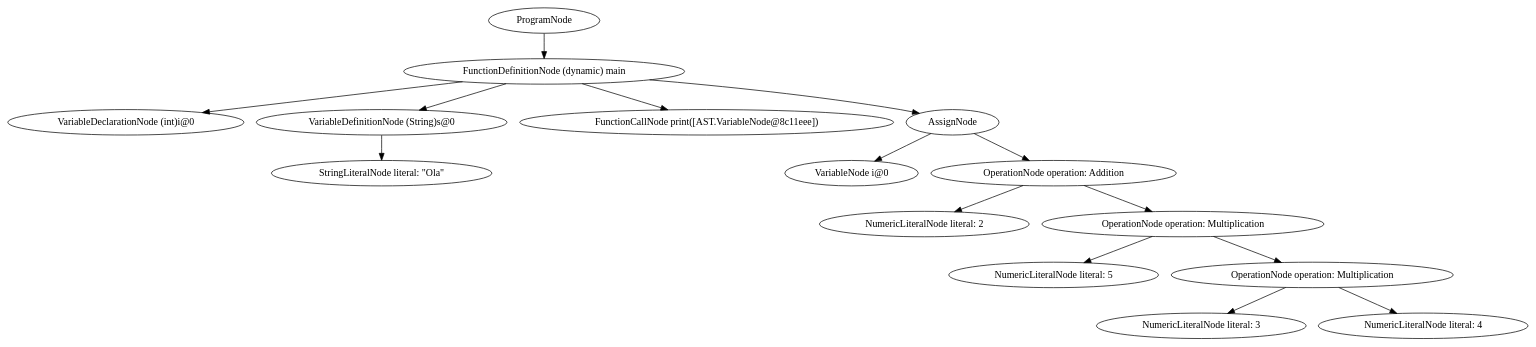
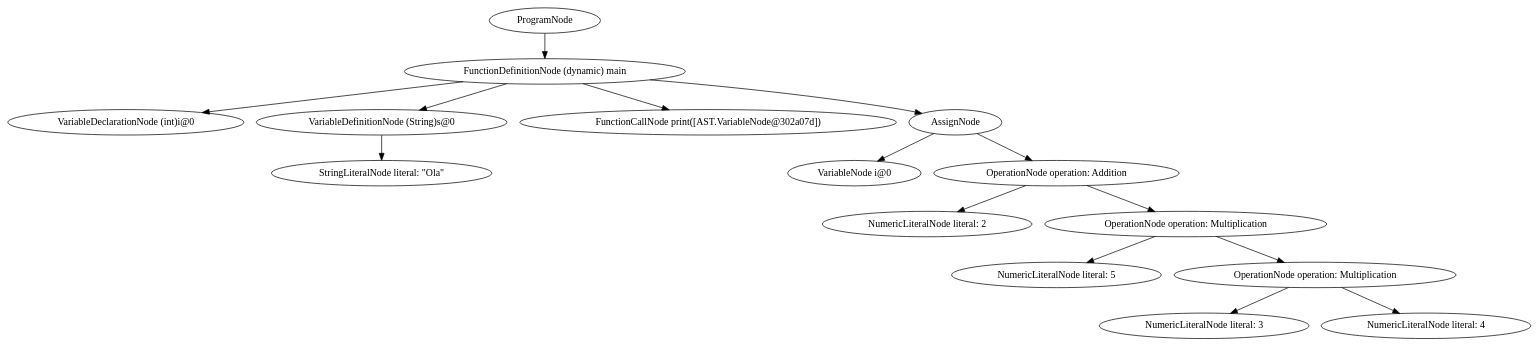
Before and after one commit to hericles-koelher/dart-compiler-ANTLR: the diagram in ast1.dot, drawn with Graphviz. The commit also changed 8 other files, not shown here.

```diff
--- a/ast1.dot
+++ b/ast1.dot
@@ -1,32 +1,32 @@
 digraph {
 graph [ordering="out"];
 node0[label="ProgramNode "];
 node1[label="FunctionDefinitionNode (dynamic) main "];
 node2[label="VariableDeclarationNode (int)i@0"];
 node1 -> node2;
 node3[label="VariableDefinitionNode (String)s@0"];
 node4[label="StringLiteralNode literal: \"Ola\""];
 node3 -> node4;
 node1 -> node3;
-node5[label="FunctionCallNode print([AST.VariableNode@8c11eee])"];
+node5[label="FunctionCallNode print([AST.VariableNode@302a07d])"];
 node1 -> node5;
 node6[label="AssignNode"];
 node7[label="VariableNode i@0"];
 node6 -> node7;
 node8[label="OperationNode operation: Addition"];
 node9[label="NumericLiteralNode literal: 2"];
 node8 -> node9;
 node10[label="OperationNode operation: Multiplication"];
 node11[label="NumericLiteralNode literal: 5"];
 node10 -> node11;
 node12[label="OperationNode operation: Multiplication"];
 node13[label="NumericLiteralNode literal: 3"];
 node12 -> node13;
 node14[label="NumericLiteralNode literal: 4"];
 node12 -> node14;
 node10 -> node12;
 node8 -> node10;
 node6 -> node8;
 node1 -> node6;
 node0 -> node1;
 }
```
